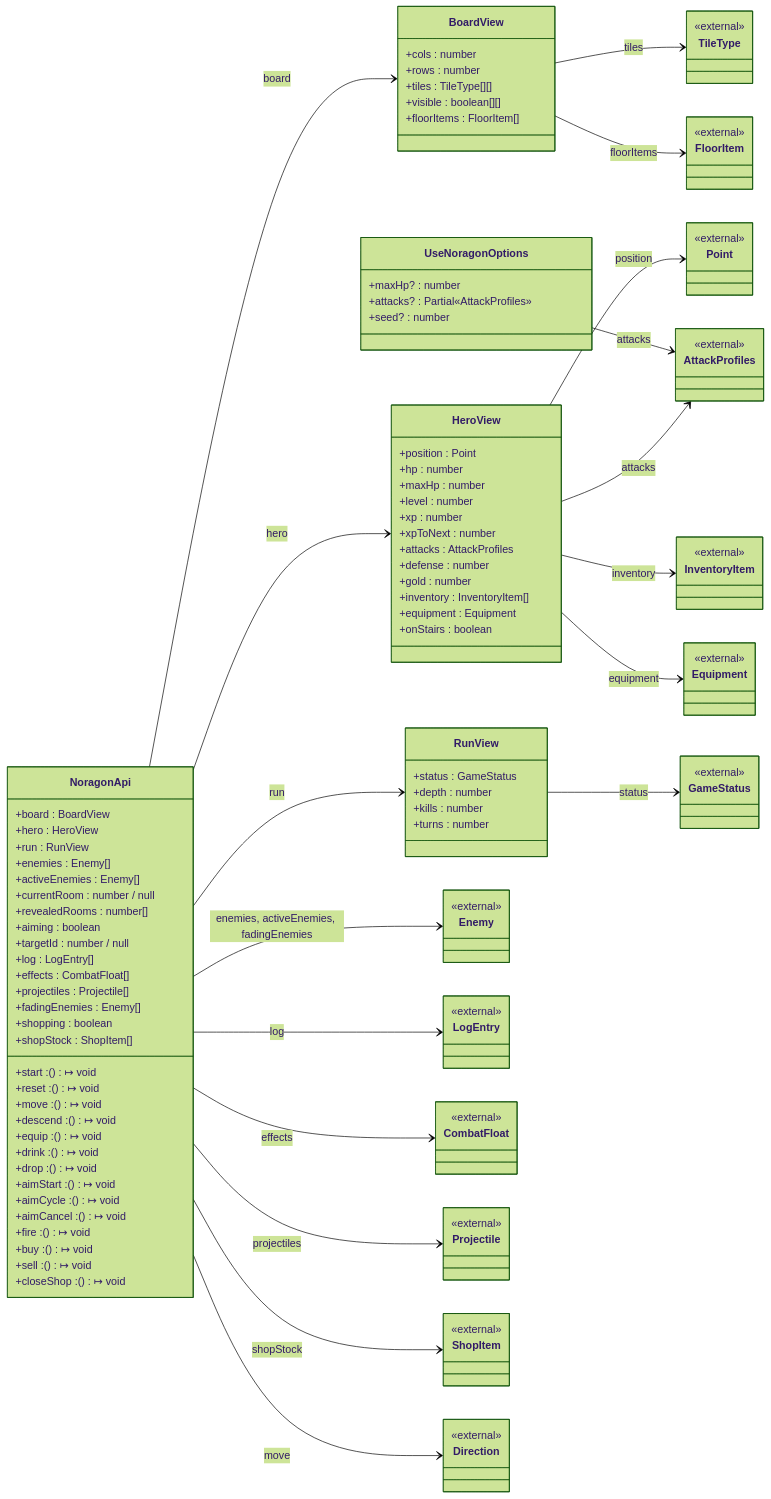
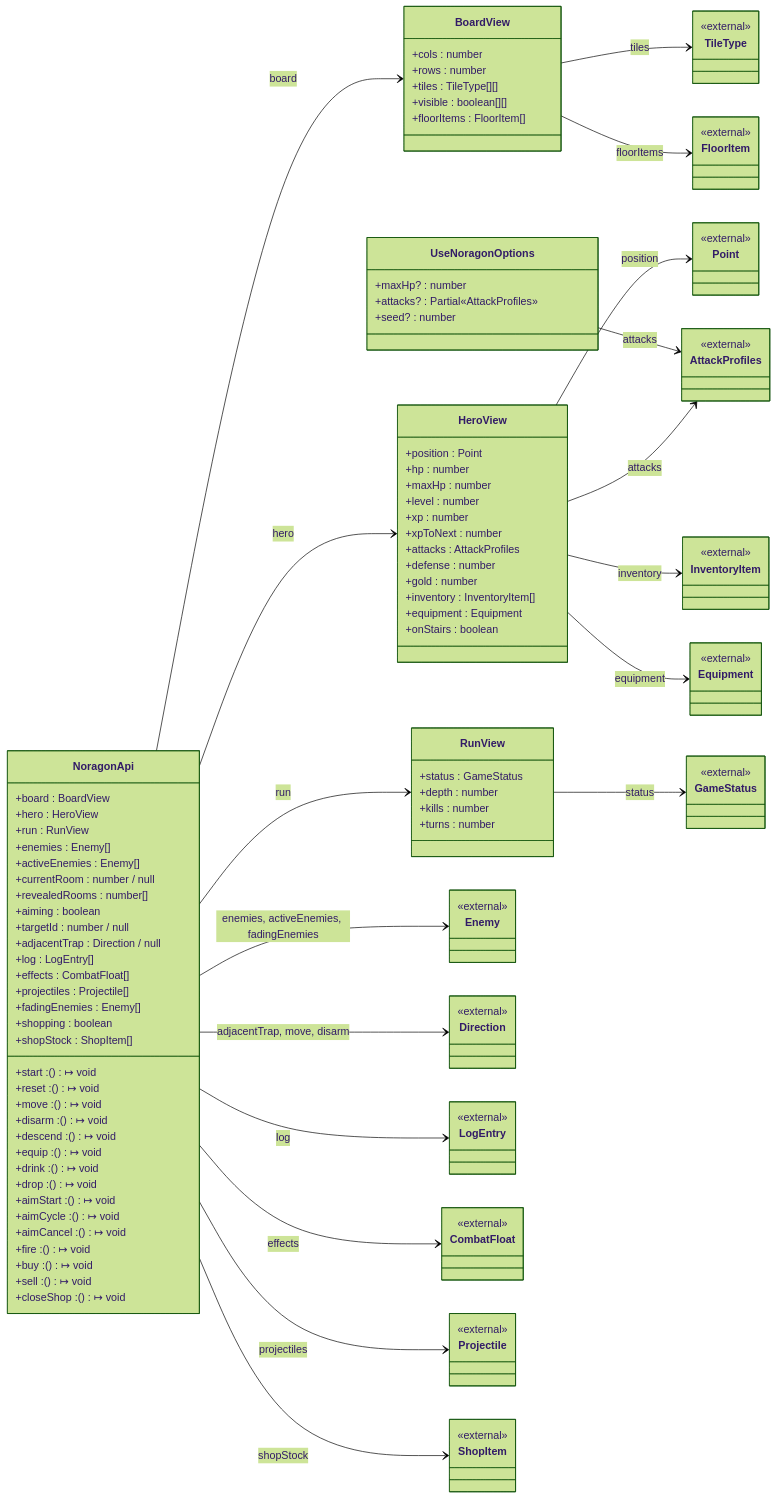
Before and after one commit to norarcasey/legends-of-noragon: the third of 4 diagrams in docs/DOMAIN_MODEL.md, drawn with Mermaid (forest theme). The commit also changed other lines of this file and 12 other files, not shown here.

````diff
--- a/docs/DOMAIN_MODEL.md
+++ b/docs/DOMAIN_MODEL.md
@@ -406,6 +407,7 @@
     +revealedRooms : number[]
     +aiming : boolean
     +targetId : number / null
+    +adjacentTrap : Direction / null
     +log : LogEntry[]
     +effects : CombatFloat[]
     +projectiles : Projectile[]
@@ -415,6 +417,7 @@
     +start : () ↦ void
     +reset : () ↦ void
     +move : () ↦ void
+    +disarm : () ↦ void
     +descend : () ↦ void
     +equip : () ↦ void
     +drink : () ↦ void
@@ -451,6 +454,9 @@
   class Enemy {
     <<external>>
   }
+  class Direction {
+    <<external>>
+  }
   class LogEntry {
     <<external>>
   }
@@ -461,9 +467,6 @@
     <<external>>
   }
   class ShopItem {
-    <<external>>
-  }
-  class Direction {
     <<external>>
   }
   UseNoragonOptions --> AttackProfiles : attacks
@@ -478,9 +481,9 @@
   NoragonApi --> HeroView : hero
   NoragonApi --> RunView : run
   NoragonApi --> Enemy : enemies, activeEnemies, fadingEnemies
+  NoragonApi --> Direction : adjacentTrap, move, disarm
   NoragonApi --> LogEntry : log
   NoragonApi --> CombatFloat : effects
   NoragonApi --> Projectile : projectiles
   NoragonApi --> ShopItem : shopStock
-  NoragonApi --> Direction : move
 ```
````
